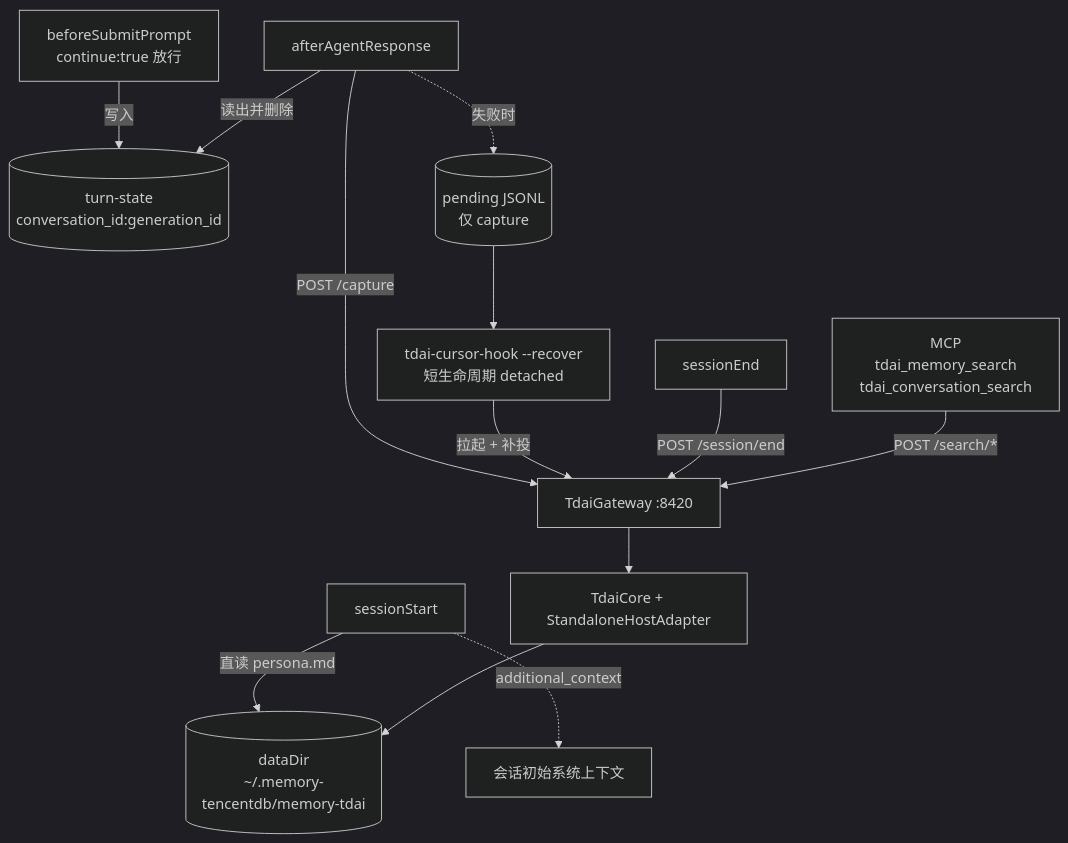
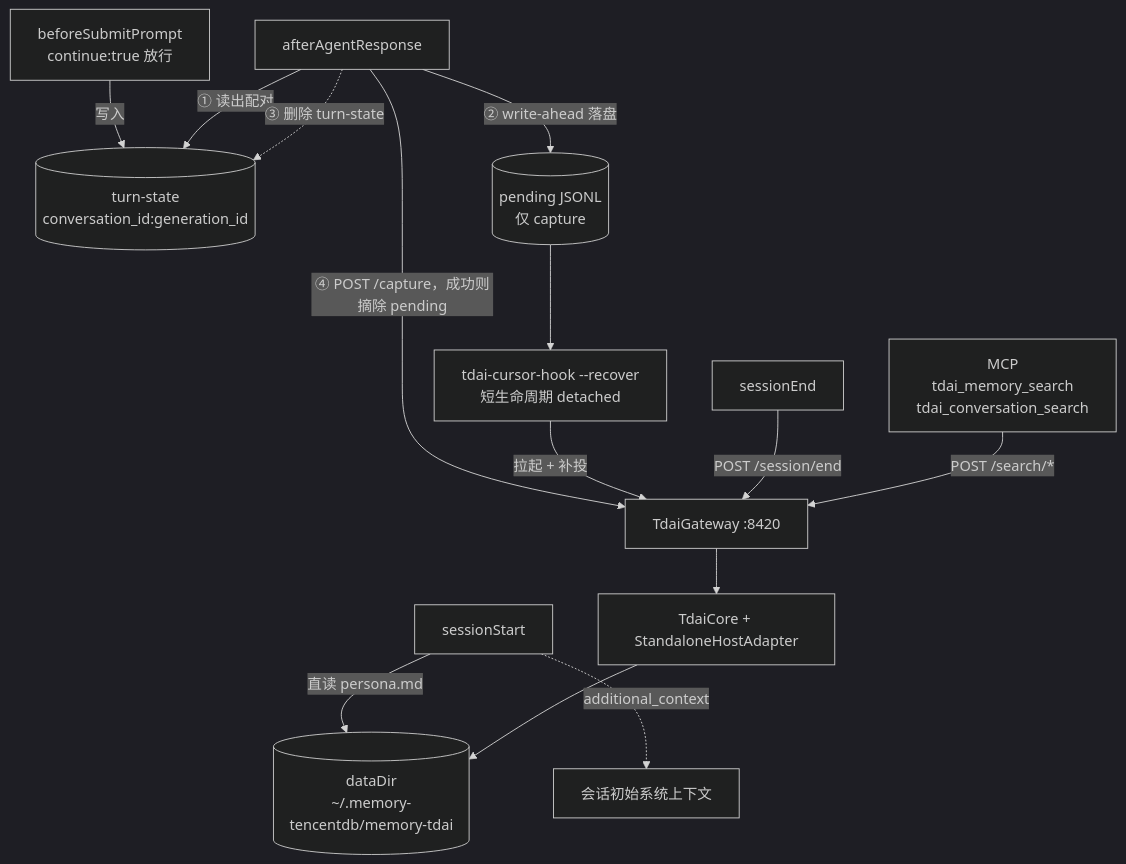
One commit to JoeyEnjoyLoL/TencentDB-Agent-Memory changed the diagram in docs/spec.md. Above: the diagram before and after it, drawn with Mermaid (dark theme). The commit also changed other lines of this file, not shown here.

````diff
--- a/docs/spec.md
+++ b/docs/spec.md
@@ -23,15 +17,16 @@
 ```mermaid
 flowchart TD
   A["sessionStart"] -->|直读 persona.md| F[("dataDir<br/>~/.memory-tencentdb/memory-tdai")]
   A -.->|additional_context| G["会话初始系统上下文"]
   B["beforeSubmitPrompt<br/>continue:true 放行"] -->|写入| H[("turn-state<br/>conversation_id:generation_id")]
-  C["afterAgentResponse"] -->|读出并删除| H
-  C -->|"POST /capture"| I["TdaiGateway :8420"]
-  C -.->|失败时| P[("pending JSONL<br/>仅 capture")]
+  C["afterAgentResponse"] -->|"① 读出配对"| H
+  C -->|"② write-ahead 落盘"| P[("pending JSONL<br/>仅 capture")]
+  C -.->|"③ 删除 turn-state"| H
+  C -->|"④ POST /capture，成功则摘除 pending"| I["TdaiGateway :8420"]
   P --> R["tdai-cursor-hook --recover<br/>短生命周期 detached"]
   R -->|拉起 + 补投| I
   D["sessionEnd"] -->|"POST /session/end"| I
   E["MCP<br/>tdai_memory_search<br/>tdai_conversation_search"] -->|"POST /search/*"| I
   I --> J["TdaiCore + StandaloneHostAdapter"]
   J --> F
 ```
````
